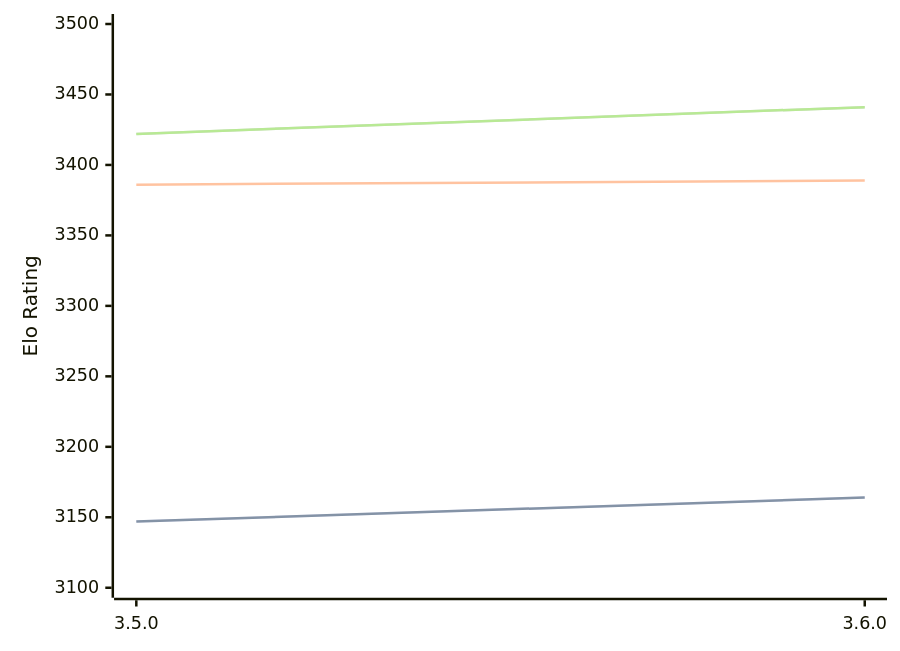
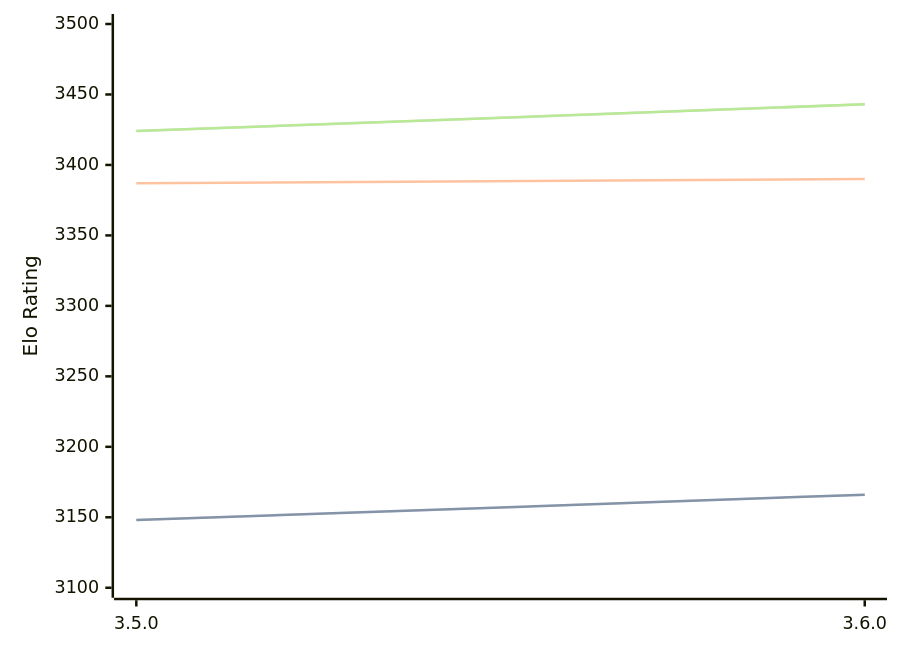
Before and after one commit to computer-chess-index/cci: the diagram in engines/Igel.md, drawn with Mermaid. The commit also changed other lines of this file, not shown here.

Commit message:
Update CCI Ratings (ELO VLTC) - 2026-06-11

````diff
--- a/engines/Igel.md
+++ b/engines/Igel.md
@@ -68,11 +68,11 @@
 ```mermaid
 %%{init: {"theme":"base","themeVariables":{"seriesColors:['#a3a3a3','#222221','#faa371']}}}%%
 xychart-beta
   x-axis ["3.5.0", "3.6.0"]
   y-axis "Elo Rating" 3100 --> 3500
-  line "STC (8.0+0.08s)" [3147, 3164]
-  line "STC (8.0+0.08s)" [3147, 3164]
-  line "LTC (60.0+0.60s)" [3386, 3389]
-  line "VLTC (2m24s+1.12s)" [3422, 3441]
-  line "VLTC (2m24s+1.12s)" [3422, 3441]
+  line "STC (8.0+0.08s)" [3148, 3166]
+  line "STC (8.0+0.08s)" [3148, 3166]
+  line "LTC (60.0+0.60s)" [3387, 3390]
+  line "VLTC (2m24s+1.12s)" [3424, 3443]
+  line "VLTC (2m24s+1.12s)" [3424, 3443]
 ```
````
